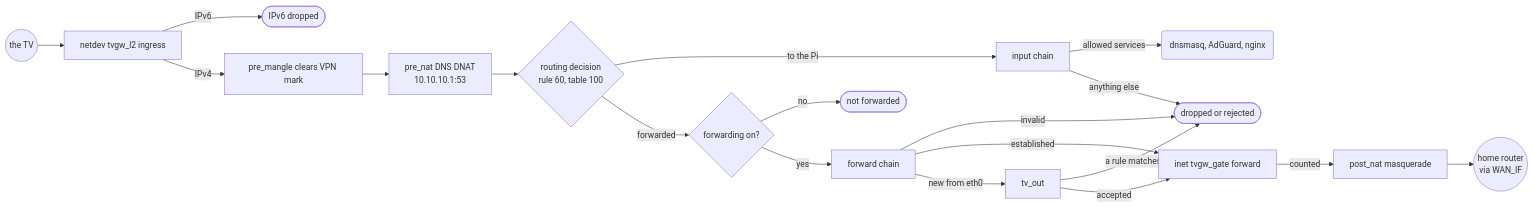
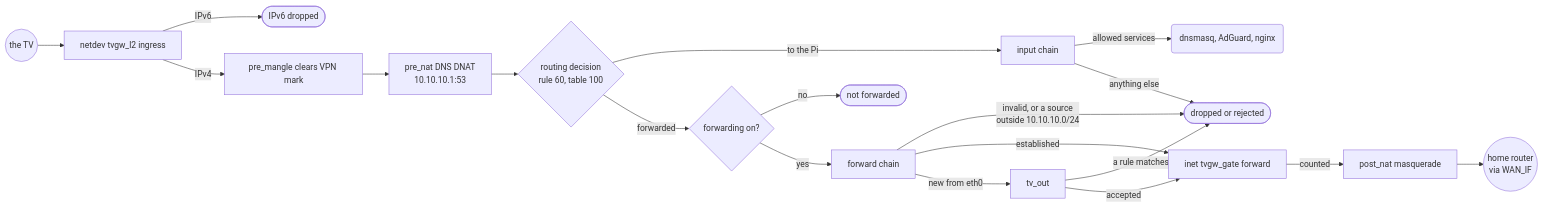
The second of 5 diagrams in docs/architecture.md (kywwilson11/tvgw), drawn with Mermaid before and after one commit. The commit also changed other lines of this file, not shown here.

First line of the commit message:
docs/architecture: the packet path and cadences as main runs them

````diff
--- a/docs/architecture.md
+++ b/docs/architecture.md
@@ -84,19 +84,19 @@
 ```mermaid
 flowchart LR
     tv(("the TV")) --> l2["netdev tvgw_l2 ingress"]
     l2 -->|IPv6| v6(["IPv6 dropped"])
     l2 -->|IPv4| mangle["pre_mangle clears VPN mark"] --> nat["pre_nat DNS DNAT<br/>10.10.10.1:53"]
     nat --> route{"routing decision<br/>rule 60, table 100"}
     route -->|to the Pi| input["input chain"]
     input -->|allowed services| services("dnsmasq, AdGuard, nginx")
     input -->|anything else| dropped(["dropped or rejected"])
     route -->|forwarded| fwdOn{"forwarding on?"}
     fwdOn -->|no| dark(["not forwarded"])
     fwdOn -->|yes| forward["forward chain"]
-    forward -->|invalid| dropped
+    forward -->|invalid, or a source<br/>outside 10.10.10.0/24| dropped
     forward -->|established| gate["inet tvgw_gate forward"]
     forward -->|new from eth0| tvOut["tv_out"]
     tvOut -->|a rule matches| dropped
     tvOut -->|accepted| gate
     gate -->|counted| postNat["post_nat masquerade"] --> wan(("home router<br/>via WAN_IF"))
 ```
````
